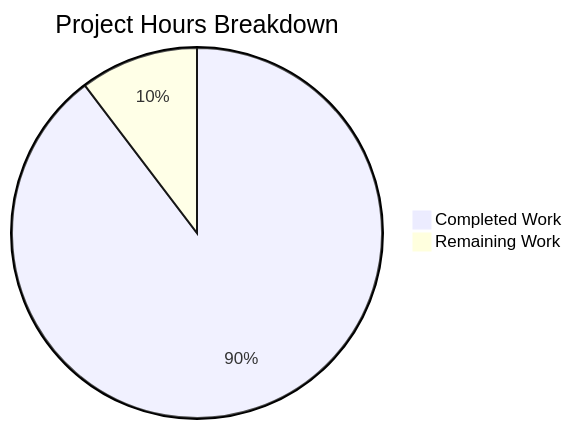
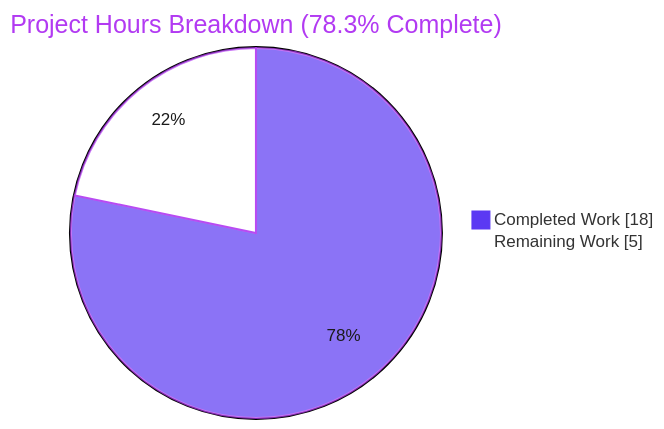
Before and after one commit to hardik-blitzy/react-todo-app: the second of 3 diagrams in blitzy/documentation/Project Guide.md, drawn with Mermaid. The commit also changed other lines of this file, not shown here.

Commit message:
Adding Blitzy Project Guide: Project Status and Human Tasks Remaining

````diff
--- a/blitzy/documentation/Project Guide.md
+++ b/blitzy/documentation/Project Guide.md
@@ -188,5 +199,7 @@
 ```mermaid
-pie title Project Hours Breakdown
-    "Completed Work" : 52
-    "Remaining Work" : 6
+%%{init: {"theme":"base","themeVariables":{"pie1":"#5B39F3","pie2":"#FFFFFF","pieStrokeColor":"#B23AF2","pieStrokeWidth":"2px","pieOuterStrokeWidth":"2px","pieSectionTextColor":"#1a1a1a","pieTitleTextColor":"#B23AF2"}}}%%
+pie showData
+    title Project Hours Breakdown (78.3% Complete)
+    "Completed Work" : 18
+    "Remaining Work" : 5
 ```
````
